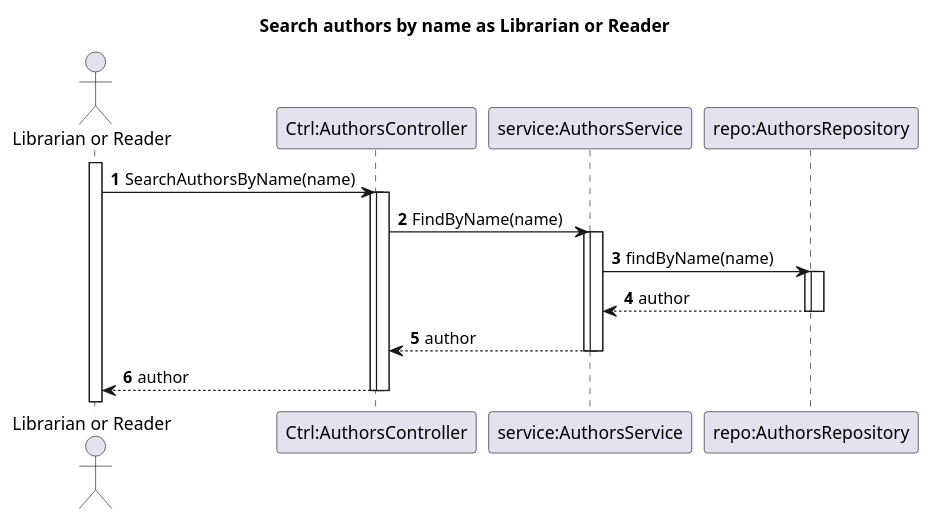
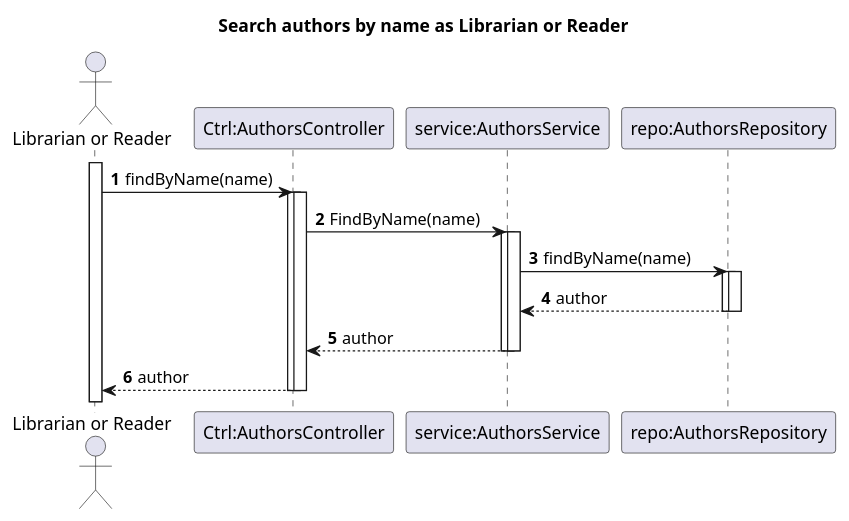
The diagram in Docs/Phase1/WP1A-Authors/Ph1-6-SearchAuthors/SD.puml (rutemf/1220944_1220772_G01), drawn with PlantUML before and after one commit. The commit also changed 11 other files, not shown here.

```diff
--- a/Docs/Phase1/WP1A-Authors/Ph1-6-SearchAuthors/SD.puml
+++ b/Docs/Phase1/WP1A-Authors/Ph1-6-SearchAuthors/SD.puml
@@ -1,27 +1,27 @@
 @startuml
 'https://plantuml.com/sequence-diagram
 autoactivate on
 autonumber
 
 title Search authors by name as Librarian or Reader
 
 actor "Librarian or Reader" as User
 participant "Ctrl:AuthorsController" as Ctrl
 participant "service:AuthorsService" as Service
 participant "repo:AuthorsRepository" as Repo
 activate User
 
-User -> Ctrl: SearchAuthorsByName(name)
+User -> Ctrl: findByName(name)
 activate Ctrl
 Ctrl -> Service: FindByName(name)
 activate Service
 Service -> Repo: findByName(name)
 activate Repo
 Repo --> Service: author
 deactivate Repo
 Service --> Ctrl: author
 deactivate Service
 Ctrl --> User: author
 deactivate Ctrl
 
 @enduml
```
